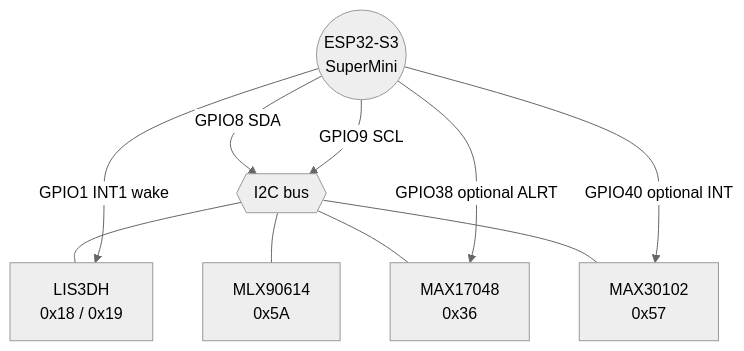
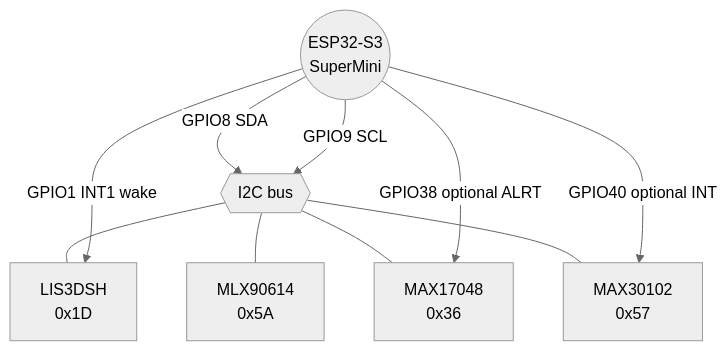
One commit to TheWebDevEhi/health-wearable changed the fifth of 8 diagrams in readme.md. Above: the diagram before and after it, drawn with Mermaid (neutral theme). The commit also changed other lines of this file and 10 other files, not shown here.

Commit message:
Corrected address for Lis3dsh and also wrote custom library for it

````diff
--- a/readme.md
+++ b/readme.md
@@ -252,13 +254,13 @@
 ```mermaid
 flowchart TB
     MCU(("ESP32-S3<br/>SuperMini"))
     MCU -->|GPIO8 SDA| I2C{{I2C bus}}
     MCU -->|GPIO9 SCL| I2C
-    I2C --- LIS["LIS3DH<br/>0x18 / 0x19"]
+    I2C --- LIS["LIS3DSH<br/>0x1D"]
     I2C --- MLX["MLX90614<br/>0x5A"]
     I2C --- MAX17["MAX17048<br/>0x36"]
     I2C --- MAX30["MAX30102<br/>0x57"]
     MCU -->|GPIO1 INT1 wake| LIS
     MCU -->|GPIO40 optional INT| MAX30
     MCU -->|GPIO38 optional ALRT| MAX17
 ```
````
